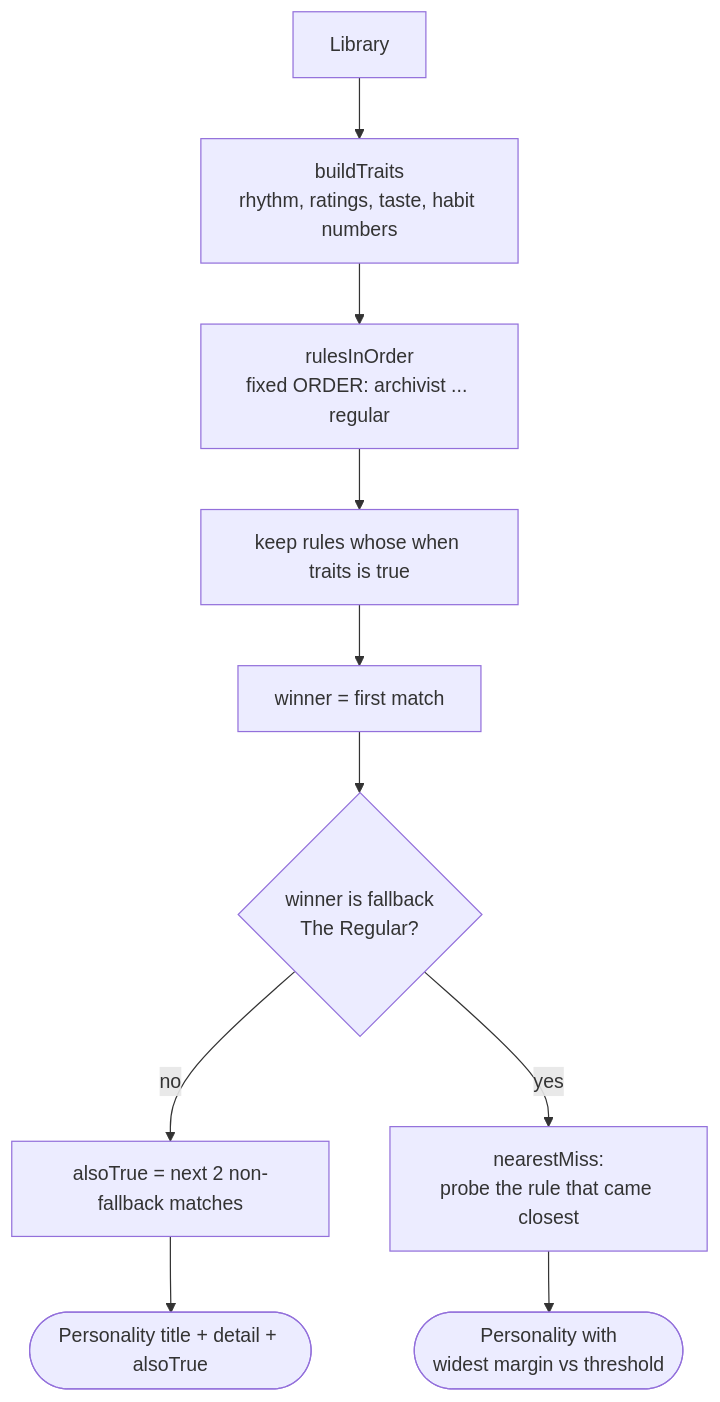
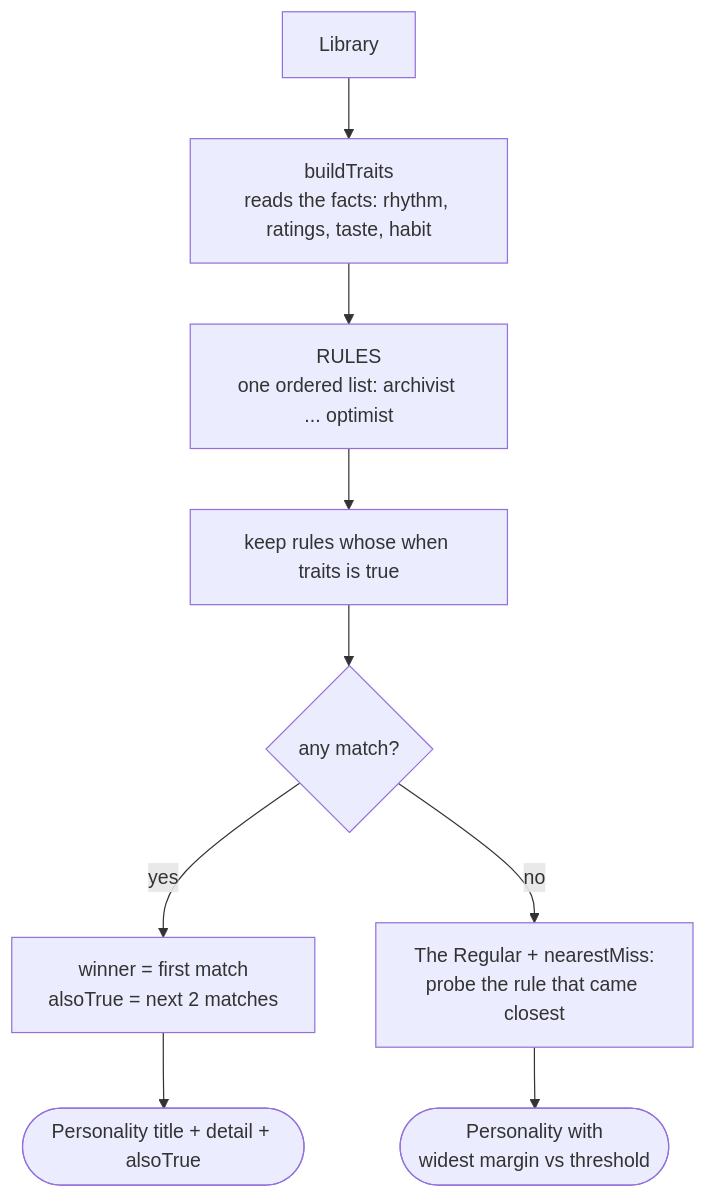
Diagram 20 of 26 in docs/ARCHITECTURE.md (LaurinSorgend/letterboxd-vizard), drawn with Mermaid before and after one commit. The commit also changed other lines of this file and 319 other files, not shown here.

````diff
--- a/docs/ARCHITECTURE.md
+++ b/docs/ARCHITECTURE.md
@@ -1080,12 +1271,11 @@
 ```mermaid
 flowchart TD
-    lib[Library] --> t[buildTraits<br/>rhythm, ratings, taste, habit numbers]
-    t --> r[rulesInOrder<br/>fixed ORDER: archivist ... regular]
+    lib[Library] --> t[buildTraits<br/>reads the facts: rhythm, ratings, taste, habit]
+    t --> r[RULES<br/>one ordered list: archivist ... optimist]
     r --> m[keep rules whose when traits is true]
-    m --> w[winner = first match]
-    w --> f{winner is fallback<br/>The Regular?}
-    f -- no --> o["alsoTrue = next 2 non-fallback matches"]
+    m --> f{any match?}
+    f -- yes --> o["winner = first match<br/>alsoTrue = next 2 matches"]
     o --> p1([Personality title + detail + alsoTrue])
-    f -- yes --> n[nearestMiss:<br/>probe the rule that came closest]
+    f -- no --> n[The Regular + nearestMiss:<br/>probe the rule that came closest]
     n --> p2([Personality with<br/>widest margin vs threshold])
 ```
````
